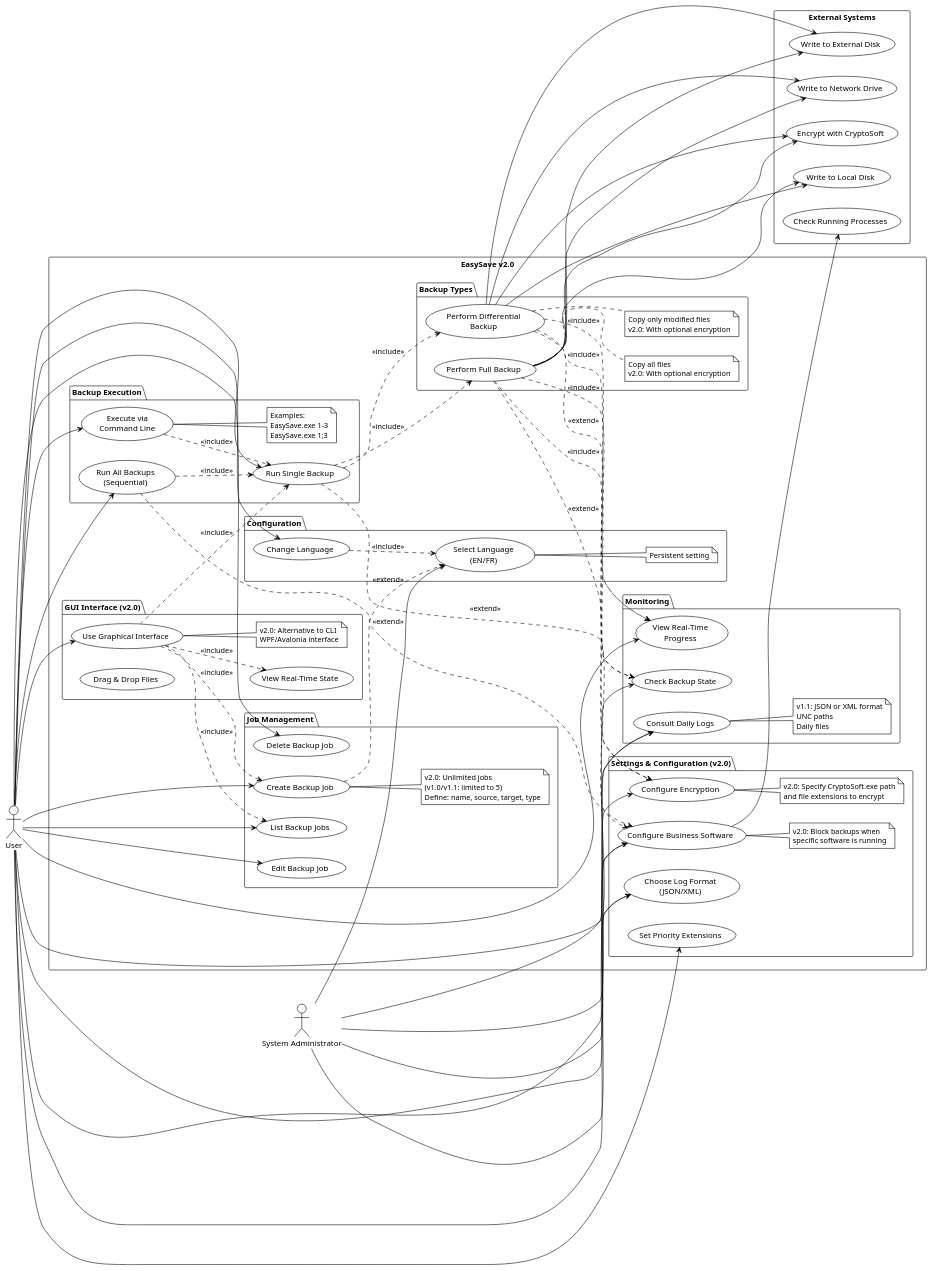
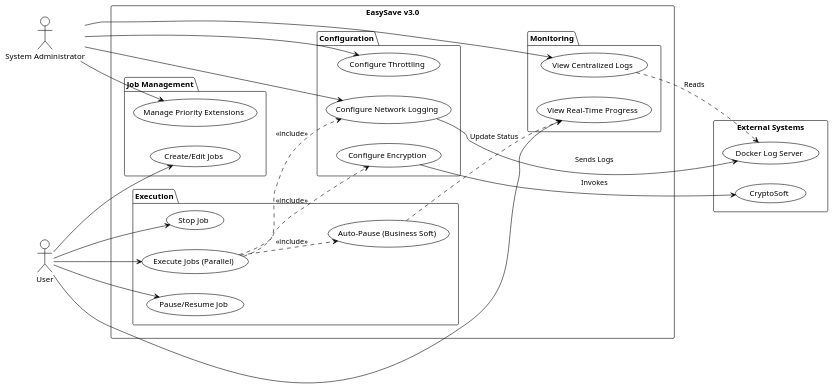
The diagram in UML/use_case_diagram.puml (PotaaatozWRLD/EasySave-Groupe-8), drawn with PlantUML before and after one commit. The commit also changed 28 other files, not shown here.

```diff
--- a/UML/use_case_diagram.puml
+++ b/UML/use_case_diagram.puml
@@ -1,188 +1,63 @@
-@startuml EasySave_Use_Case_Diagram_v2.0
+@startuml EasySave_Use_Case_Diagram_v3.0
 !theme plain
 left to right direction
 
-' =============== ACTORS ===============
 actor "User" as User
 actor "System Administrator" as Admin
 
-' =============== SYSTEM BOUNDARY ===============
-rectangle "EasySave v2.0" {
+rectangle "EasySave v3.0" {
     
-    ' Job Management
     package "Job Management" {
-        usecase "Create Backup Job" as UC1
-        usecase "List Backup Jobs" as UC2
-        usecase "Edit Backup Job" as UC3
-        usecase "Delete Backup Job" as UC4
-        
-        note right of UC1
-            v2.0: Unlimited jobs
-            (v1.0/v1.1: limited to 5)
-            Define: name, source, target, type
-        end note
+        usecase "Create/Edit Jobs" as UC_Manage
+        usecase "Manage Priority Extensions" as UC_Priority
     }
     
-    ' Backup Execution
-    package "Backup Execution" {
-        usecase "Run Single Backup" as UC5
-        usecase "Run All Backups\n(Sequential)" as UC6
-        usecase "Execute via\nCommand Line" as UC7
-        
-        note right of UC7
-            Examples:
-            EasySave.exe 1-3
-            EasySave.exe 1;3
-        end note
+    package "Execution" {
+        usecase "Execute Jobs (Parallel)" as UC_Exec
+        usecase "Pause/Resume Job" as UC_Pause
+        usecase "Stop Job" as UC_Stop
+        usecase "Auto-Pause (Business Soft)" as UC_AutoPause
     }
     
-    ' Backup Types
-    package "Backup Types" {
-        usecase "Perform Full Backup" as UC8
-        usecase "Perform Differential\nBackup" as UC9
-        
-        note right of UC8
-            Copy all files
-            v2.0: With optional encryption
-        end note
-        
-        note right of UC9
-            Copy only modified files
-            v2.0: With optional encryption
-        end note
+    package "Configuration" {
+        usecase "Configure Throttling" as UC_Throttle
+        usecase "Configure Network Logging" as UC_NetLog
+        usecase "Configure Encryption" as UC_Encrypt
     }
     
-    ' Configuration
-    package "Configuration" {
-        usecase "Change Language" as UC10
-        usecase "Select Language\n(EN/FR)" as UC11
-        
-        note right of UC11
-            Persistent setting
-        end note
-    }
-    
-    ' Monitoring
     package "Monitoring" {
-        usecase "View Real-Time\nProgress" as UC12
-        usecase "Consult Daily Logs" as UC13
-        usecase "Check Backup State" as UC14
-        
-        note right of UC13
-            v1.1: JSON or XML format
-            UNC paths
-            Daily files
-        end note
-    }
-    
-    ' v2.0: Settings & Configuration
-    package "Settings & Configuration (v2.0)" {
-        usecase "Configure Encryption" as UC15
-        usecase "Set Priority Extensions" as UC16
-        usecase "Configure Business Software" as UC17
-        usecase "Choose Log Format\n(JSON/XML)" as UC18
-        
-        note right of UC15
-            v2.0: Specify CryptoSoft.exe path
-            and file extensions to encrypt
-        end note
-        
-        note right of UC17
-            v2.0: Block backups when
-            specific software is running
-        end note
-    }
-    
-    ' v2.0: GUI Interface
-    package "GUI Interface (v2.0)" {
-        usecase "Use Graphical Interface" as UC19
-        usecase "Drag & Drop Files" as UC20
-        usecase "View Real-Time State" as UC21
-        
-        note right of UC19
-            v2.0: Alternative to CLI
-            WPF/Avalonia interface
-        end note
+        usecase "View Real-Time Progress" as UC_Monitor
+        usecase "View Centralized Logs" as UC_ViewLogs
     }
 }
 
-' =============== EXTERNAL SYSTEMS ===============
 rectangle "External Systems" {
-    usecase "Write to Local Disk" as EXT1
-    usecase "Write to External Disk" as EXT2
-    usecase "Write to Network Drive" as EXT3
-    usecase "Encrypt with CryptoSoft" as EXT4
-    usecase "Check Running Processes" as EXT5
+    usecase "Docker Log Server" as EXT_Docker
+    usecase "CryptoSoft" as EXT_Crypto
 }
 
-' =============== RELATIONSHIPS ===============
+' Relations
+User --> UC_Manage
+User --> UC_Exec
+User --> UC_Pause
+User --> UC_Stop
+User --> UC_Monitor
 
-' User actions
-User --> UC1
-User --> UC2
-User --> UC3
-User --> UC4
-User --> UC5
-User --> UC6
-User --> UC7
-User --> UC10
-User --> UC12
-User --> UC13
+Admin --> UC_Priority
+Admin --> UC_Throttle
+Admin --> UC_NetLog
+Admin --> UC_ViewLogs
 
-' v2.0: User actions
-User --> UC15
-User --> UC16
-User --> UC17
-User --> UC18
-User --> UC19
+' Dependencies
+UC_Exec ..> UC_AutoPause : <<include>>
+UC_Exec ..> UC_Encrypt : <<include>>
+UC_Exec ..> UC_NetLog : <<include>>
 
-' Admin actions
-Admin --> UC14
-Admin --> UC13
-Admin --> UC11
-Admin --> UC17
-Admin --> UC18
+UC_AutoPause ..> UC_Monitor : Update Status
 
-' Include relationships
-UC5 ..> UC8 : <<include>>
-UC5 ..> UC9 : <<include>>
-UC6 ..> UC5 : <<include>>
-UC7 ..> UC5 : <<include>>
-
-UC1 ..> UC11 : <<extend>>
-UC10 ..> UC11 : <<include>>
-
-' Backup execution includes monitoring
-UC8 ..> UC12 : <<include>>
-UC9 ..> UC12 : <<include>>
-UC8 ..> UC14 : <<include>>
-UC9 ..> UC14 : <<include>>
-
-' v2.0: GUI includes
-UC19 ..> UC1 : <<include>>
-UC19 ..> UC2 : <<include>>
-UC19 ..> UC5 : <<include>>
-UC19 ..> UC21 : <<include>>
-
-' v2.0: Encryption extends backup
-UC8 ..> UC15 : <<extend>>
-UC9 ..> UC15 : <<extend>>
-
-' v2.0: Business software check
-UC5 ..> UC17 : <<extend>>
-UC6 ..> UC17 : <<extend>>
-
-' External systems
-UC8 --> EXT1
-UC8 --> EXT2
-UC8 --> EXT3
-UC9 --> EXT1
-UC9 --> EXT2
-UC9 --> EXT3
-
-' v2.0: External systems
-UC8 --> EXT4
-UC9 --> EXT4
-UC17 --> EXT5
+' External
+UC_NetLog --> EXT_Docker : Sends Logs
+UC_Encrypt --> EXT_Crypto : Invokes
+UC_ViewLogs ..> EXT_Docker : Reads
 
 @enduml
```
